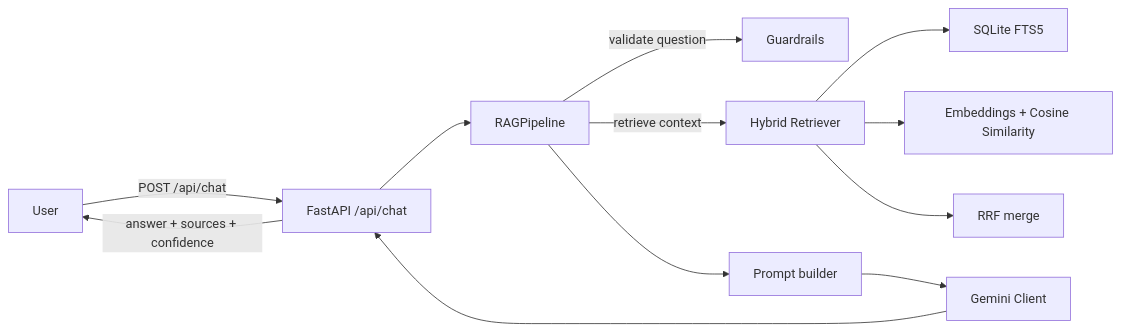
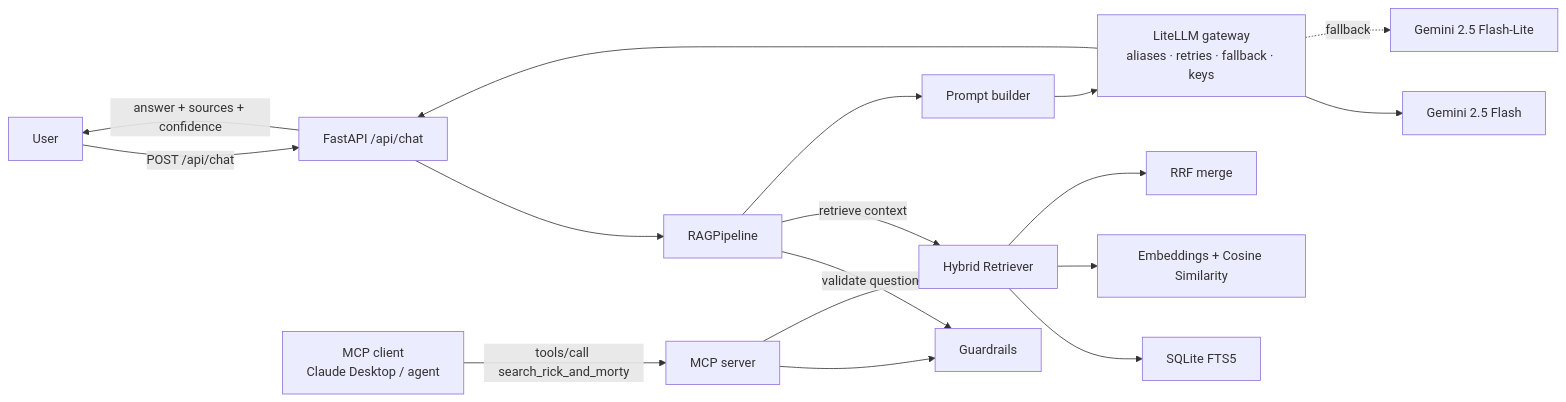
One commit to poojadinesh99/interdimensional-oracle changed the diagram in README.md. Above: the diagram before and after it, drawn with Mermaid. The commit also changed other lines of this file and 12 other files, not shown here.

First line of the commit message:
Route LLM calls through a LiteLLM gateway and expose retrieval as an MCP tool

````diff
--- a/README.md
+++ b/README.md
@@ -10,18 +10,24 @@
 ```mermaid
 flowchart LR
   U[User] -->|POST /api/chat| API[FastAPI /api/chat]
 
   API --> RAG[RAGPipeline]
   RAG -->|validate question| GUARD[Guardrails]
   RAG -->|retrieve context| RETRIEVE[Hybrid Retriever]
 
   RETRIEVE --> FTS[SQLite FTS5]
   RETRIEVE --> VEC[Embeddings + Cosine Similarity]
   RETRIEVE --> MERGE[RRF merge]
 
   RAG --> PROMPT[Prompt builder]
-  PROMPT --> LLM[Gemini Client]
-  LLM --> API
+  PROMPT --> GW[LiteLLM gateway<br/>aliases · retries · fallback · keys]
+  GW --> GEM[Gemini 2.5 Flash]
+  GW -.fallback.-> LITE[Gemini 2.5 Flash-Lite]
+  GW --> API
 
   API -->|answer + sources + confidence| U
+
+  MC[MCP client<br/>Claude Desktop / agent] -->|tools/call search_rick_and_morty| MCP[MCP server]
+  MCP --> GUARD
+  MCP --> RETRIEVE
 ```
````
